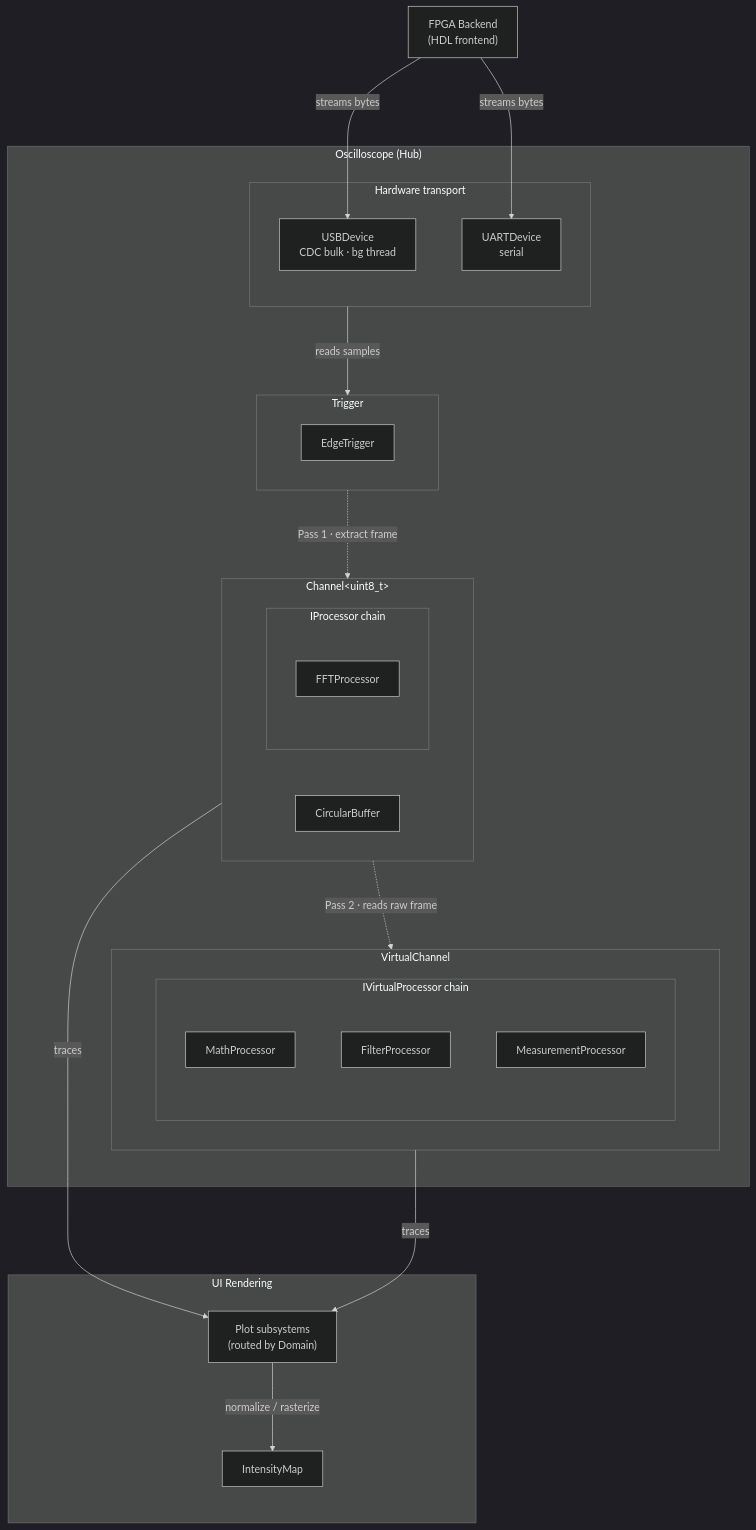
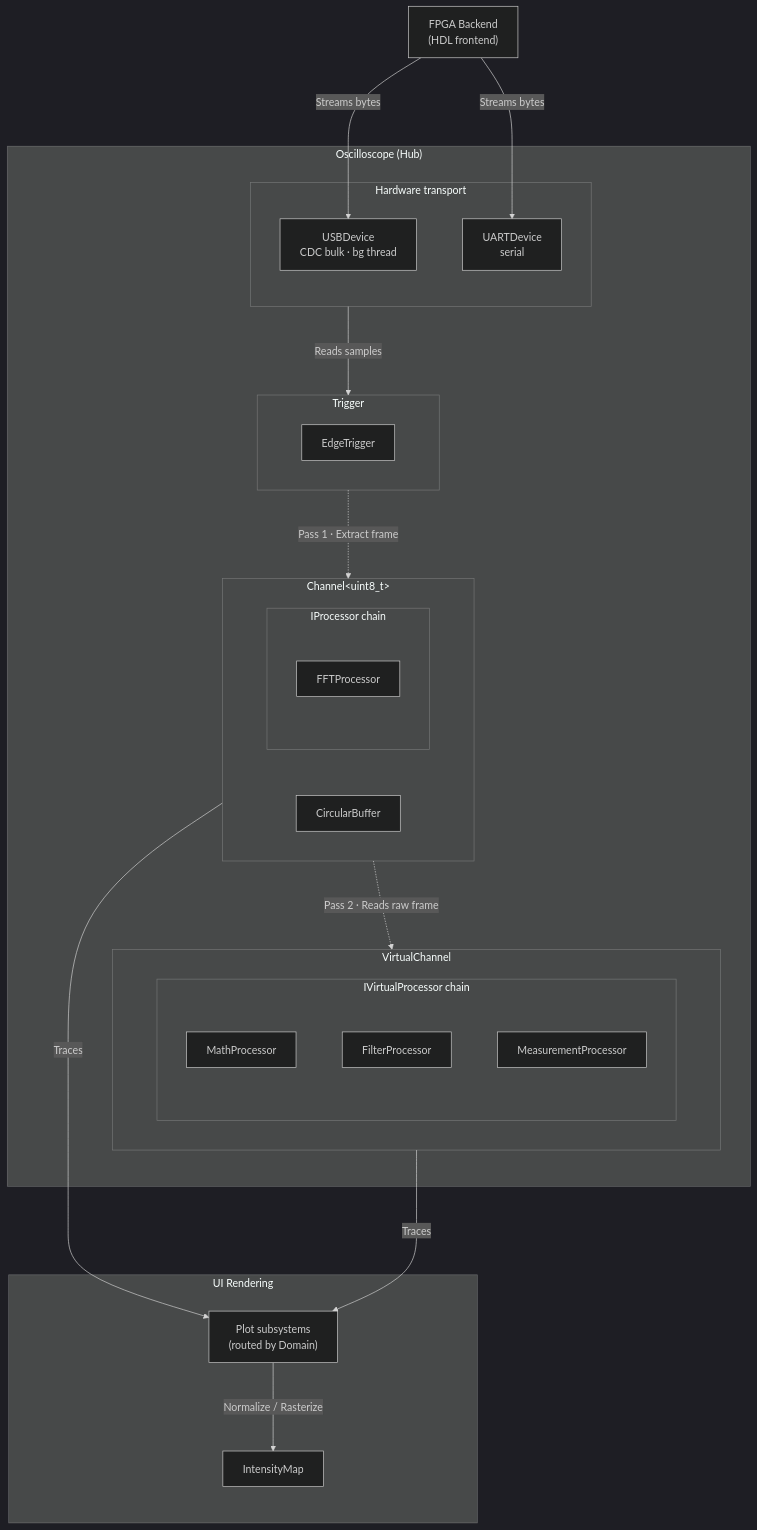
The first of 2 diagrams in docs/ARCHITECTURE.md (wavius/Scoped), drawn with Mermaid (dark theme) before and after one commit.

Commit message:
update architecture flowchart

````diff
--- a/docs/ARCHITECTURE.md
+++ b/docs/ARCHITECTURE.md
@@ -10,51 +10,51 @@
 ```mermaid
 flowchart TD
     %%{init: {"flowchart": {"nodeSpacing": 70, "rankSpacing": 110}}}%%
     HW["FPGA Backend<br/>(HDL frontend)"]
 
     subgraph OSC["Oscilloscope (Hub)"]
         subgraph HWIF["Hardware transport"]
             USB["USBDevice<br/>CDC bulk · bg thread"]
             UART["UARTDevice<br/>serial"]
         end
 
         subgraph TRG["Trigger"]
             ET["EdgeTrigger"]
         end
 
         subgraph HC["Channel&lt;uint8_t&gt;"]
             CB["CircularBuffer"]
             subgraph IP["IProcessor chain"]
                 FFT["FFTProcessor"]
             end
         end
 
         subgraph VC["VirtualChannel"]
             subgraph VP["IVirtualProcessor chain"]
                 MATH["MathProcessor"]
                 FILT["FilterProcessor"]
                 MEAS["MeasurementProcessor"]
             end
         end
     end
 
     subgraph REND["UI Rendering"]
         PLT["Plot subsystems<br/>(routed by Domain)"]
         IM["IntensityMap"]
     end
 
-    HW -->|"streams bytes"| USB
-    HW -->|"streams bytes"| UART
+    HW -->|"Streams bytes"| USB
+    HW -->|"Streams bytes"| UART
 
-    HWIF -->|"reads samples"| TRG
+    HWIF -->|"Reads samples"| TRG
 
-    TRG -.->|"Pass 1 · extract frame"| HC
+    TRG -.->|"Pass 1 · Extract frame"| HC
 
-    HC -.->|"Pass 2 · reads raw frame"| VC
+    HC -.->|"Pass 2 · Reads raw frame"| VC
 
-    HC -->|"traces"| PLT
-    VC -->|"traces"| PLT
-    PLT -->|"normalize / rasterize"| IM
+    HC -->|"Traces"| PLT
+    VC -->|"Traces"| PLT
+    PLT -->|"Normalize / Rasterize"| IM
 
     HC ~~~ VC
 ```
````
